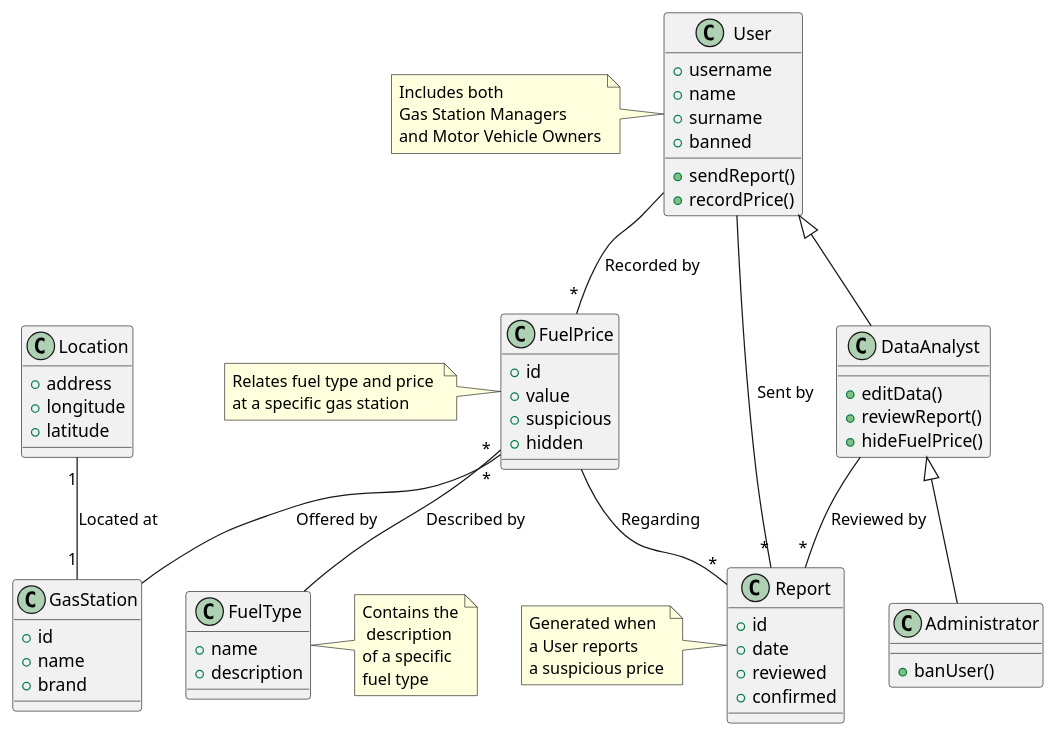
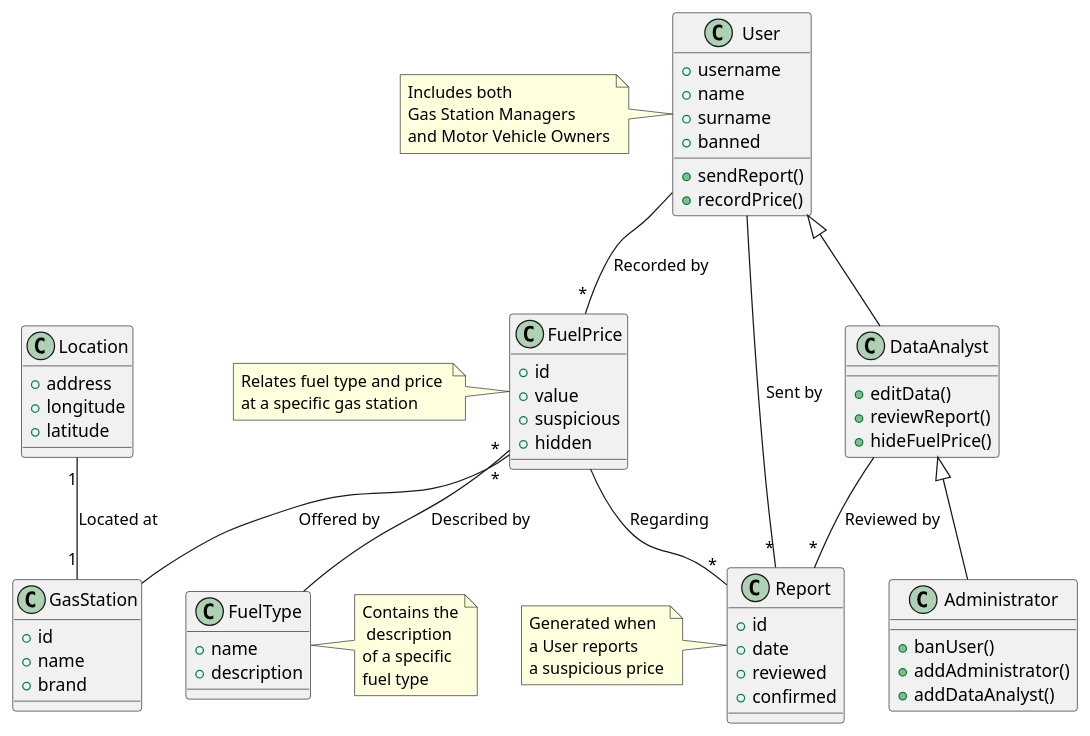
Before and after one commit to mosTavassoli/ezgas: the third of 3 diagrams in docs/RequirementsDocument.md, drawn with PlantUML. The commit also changed other lines of this file, not shown here.

````diff
--- a/docs/RequirementsDocument.md
+++ b/docs/RequirementsDocument.md
@@ -262,62 +363,64 @@
 ```plantuml
 
 class GasStation{
 	+ id
 	+ name
 	+ brand
 }
 class User {
 	+ username
 	+ name
 	+ surname
 	+ banned
 	+ sendReport()
 	+ recordPrice()
 }
 class Administrator {
 	+ banUser()
+	+ addAdministrator()
+	+ addDataAnalyst()
 }
 class FuelType {
 	+ name
 	+ description
 }
 class FuelPrice {
 	+ id
 	+ value
 	+ suspicious
 	+ hidden
 }
 class Report {
 	+ id
 	+ date
 	+ reviewed
 	+ confirmed
 }
 
 class Location {
 	+ address
 	+ longitude
 	+ latitude
 }
 class DataAnalyst {
 	+ editData()
 	+ reviewReport()
 	+ hideFuelPrice()
 }
 
 User  -- "*" FuelPrice:Recorded by
 User -- "*" Report:Sent by
 DataAnalyst <|-- Administrator
 User <|-- DataAnalyst
 DataAnalyst -- "*" Report:Reviewed by
 FuelPrice "*" -- GasStation:Offered by
 FuelPrice "*" -- FuelType:Described by
 FuelPrice -- "*" Report:Regarding
 Location "1" -- "1" GasStation:Located at
 
 note left of User : Includes both \nGas Station Managers \nand Motor Vehicle Owners
 note left of FuelPrice : Relates fuel type and price \nat a specific gas station
 note right of FuelType : Contains the\n description\nof a specific \nfuel type
 note left of Report: Generated when \na User reports \na suspicious price
 
 ```
````
